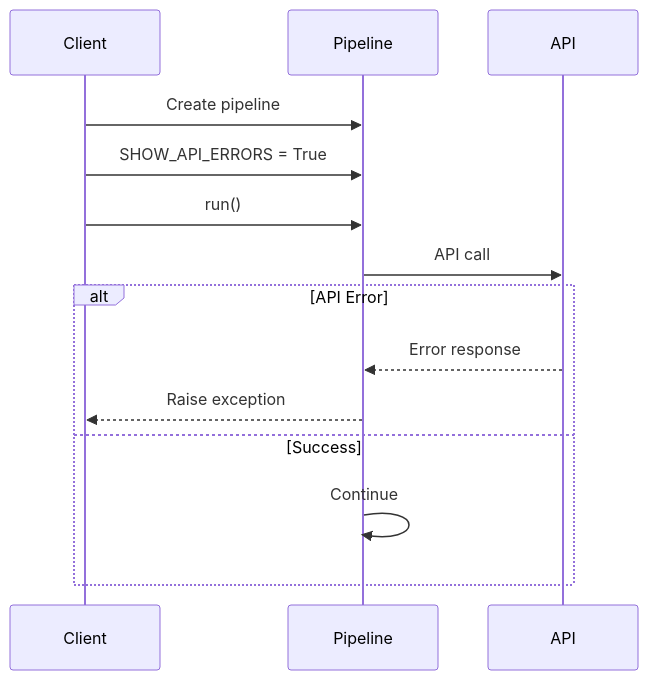
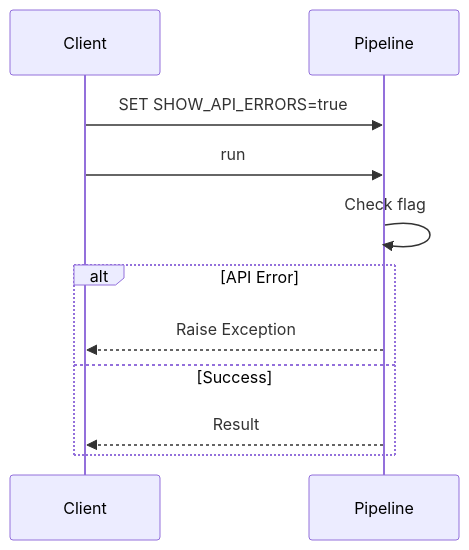
The second of 5 diagrams in examples/api_pipeline/05_show_errors/README.md (wisrovi/wpipe), drawn with Mermaid before and after one commit. The commit also changed other lines of this file and 20 other files, not shown here.

First line of the commit message:
Simplify Mermaid diagrams for better rendering

````diff
--- a/examples/api_pipeline/05_show_errors/README.md
+++ b/examples/api_pipeline/05_show_errors/README.md
@@ -23,17 +22,14 @@
 ```mermaid
 sequenceDiagram
-    participant Client
-    participant Pipeline
-    participant API
+    participant C as Client
+    participant P as Pipeline
     
-    Client->>Pipeline: Create pipeline
-    Client->>Pipeline: SHOW_API_ERRORS = True
-    Client->>Pipeline: run()
-    Pipeline->>API: API call
+    C->>P: SET SHOW_API_ERRORS=true
+    C->>P: run
+    P->>P: Check flag
     alt API Error
-        API-->>Pipeline: Error response
-        Pipeline-->>Client: Raise exception
+        P-->>C: Raise Exception
     else Success
-        Pipeline->>Pipeline: Continue
+        P-->>C: Result
     end
 ```
````
